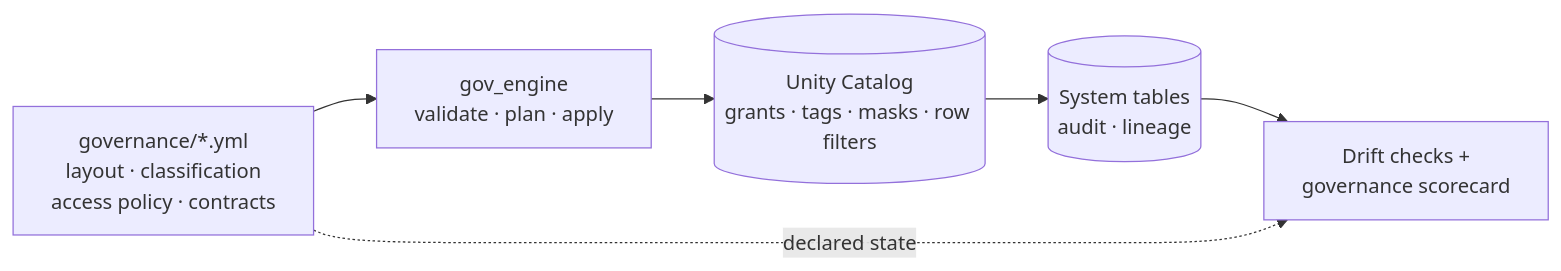
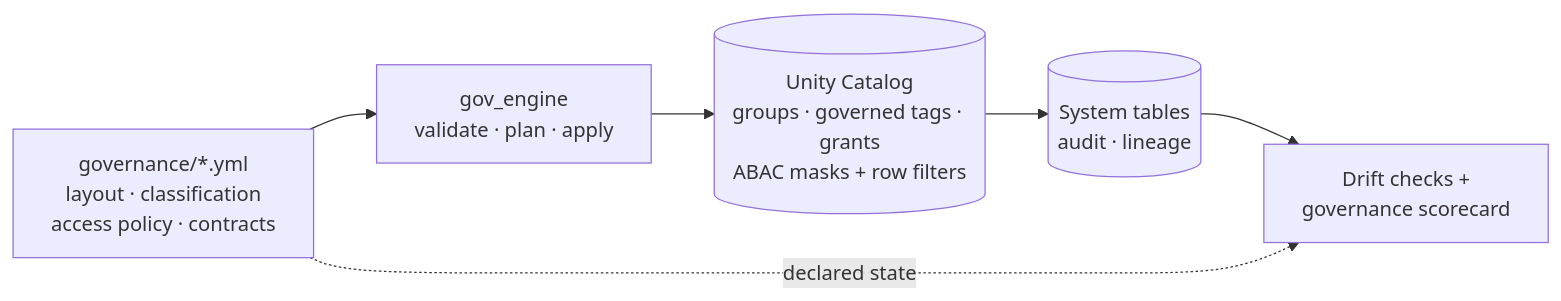
One commit to felipecastro-data/lakehouse-governance-as-code changed the diagram in README.md. Above: the diagram before and after it, drawn with Mermaid. The commit also changed other lines of this file and 30 other files, not shown here.

First line of the commit message:
Switch to native ABAC on governed tags and an OAuth deploy service principal

````diff
--- a/README.md
+++ b/README.md
@@ -14,8 +15,8 @@
 ```mermaid
 flowchart LR
     Y["governance/*.yml<br/>layout · classification<br/>access policy · contracts"] --> E["gov_engine<br/>validate · plan · apply"]
-    E --> UC[("Unity Catalog<br/>grants · tags · masks · row filters")]
+    E --> UC[("Unity Catalog<br/>groups · governed tags · grants<br/>ABAC masks + row filters")]
     UC --> ST[("System tables<br/>audit · lineage")]
     ST --> SC["Drift checks +<br/>governance scorecard"]
     Y -. declared state .-> SC
 ```
````
